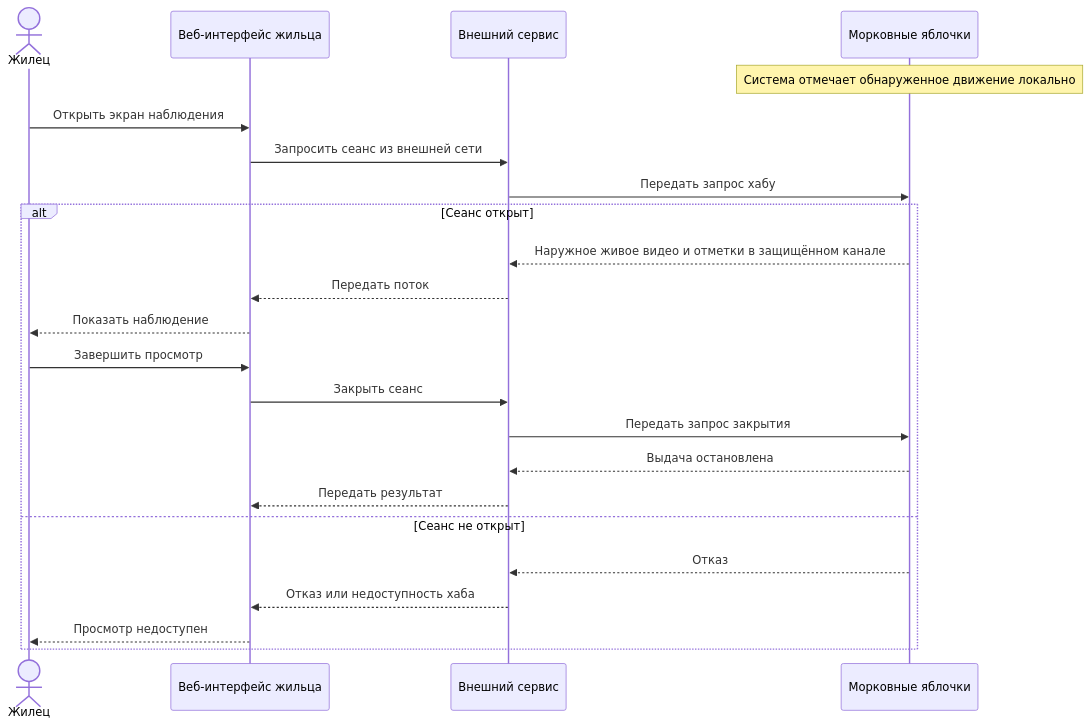
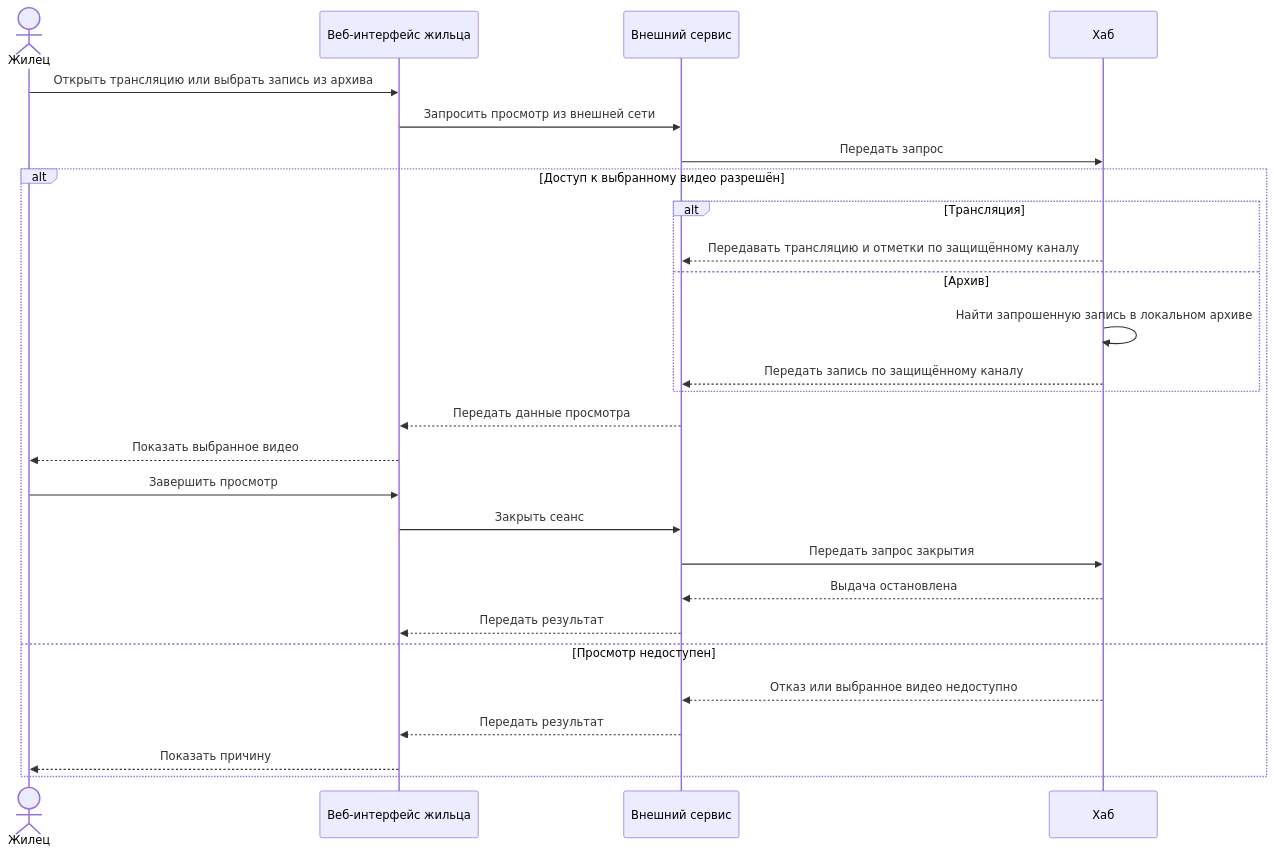
Before and after one commit to BPLA-Team/carrot-apples: the diagram in customer_side/base_scenarios/S02_MONITORING.md, drawn with Mermaid. The commit also changed other lines of this file and 3 other files, not shown here.

````diff
--- a/customer_side/base_scenarios/S02_MONITORING.md
+++ b/customer_side/base_scenarios/S02_MONITORING.md
@@ -3,25 +5,29 @@
 ```mermaid
 sequenceDiagram
     actor R as Жилец
     participant W as Веб-интерфейс жильца
     participant S as Внешний сервис
-    participant H as Морковные яблочки
-    Note over H: Система отмечает обнаруженное движение локально
-    R->>W: Открыть экран наблюдения
-    W->>S: Запросить сеанс из внешней сети
-    S->>H: Передать запрос хабу
-    alt Сеанс открыт
-        H-->>S: Наружное живое видео и отметки в защищённом канале
-        S-->>W: Передать поток
-        W-->>R: Показать наблюдение
+    participant H as Хаб
+    R->>W: Открыть трансляцию или выбрать запись из архива
+    W->>S: Запросить просмотр из внешней сети
+    S->>H: Передать запрос
+    alt Доступ к выбранному видео разрешён
+        alt Трансляция
+            H-->>S: Передавать трансляцию и отметки по защищённому каналу
+        else Архив
+            H->>H: Найти запрошенную запись в локальном архиве
+            H-->>S: Передать запись по защищённому каналу
+        end
+        S-->>W: Передать данные просмотра
+        W-->>R: Показать выбранное видео
         R->>W: Завершить просмотр
         W->>S: Закрыть сеанс
         S->>H: Передать запрос закрытия
         H-->>S: Выдача остановлена
         S-->>W: Передать результат
-    else Сеанс не открыт
-        H-->>S: Отказ
-        S-->>W: Отказ или недоступность хаба
-        W-->>R: Просмотр недоступен
+    else Просмотр недоступен
+        H-->>S: Отказ или выбранное видео недоступно
+        S-->>W: Передать результат
+        W-->>R: Показать причину
     end
 ```
````
